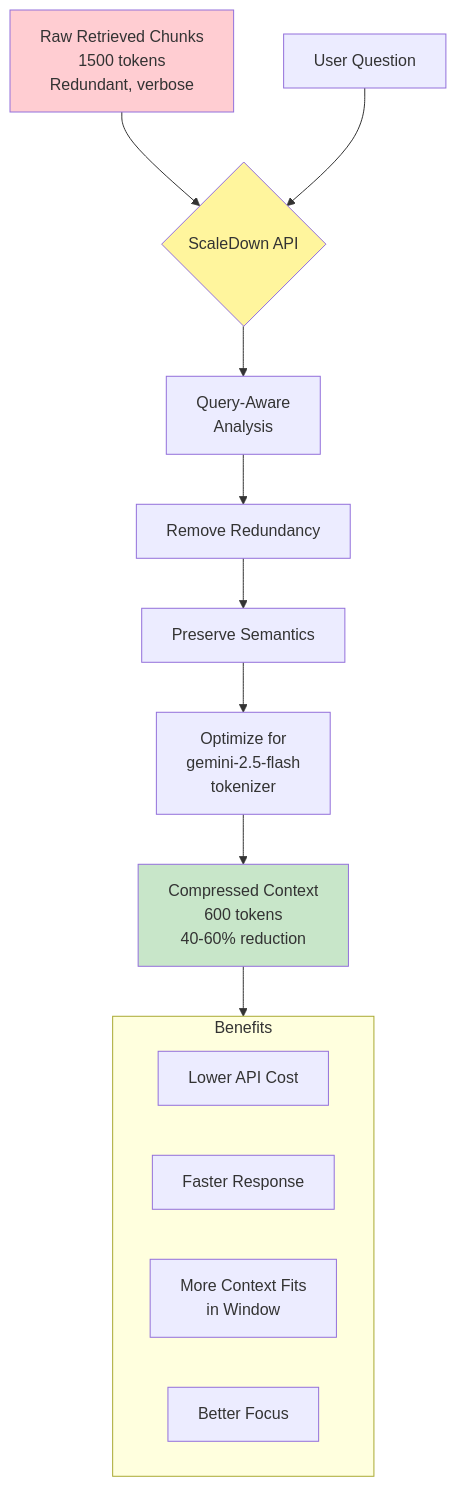
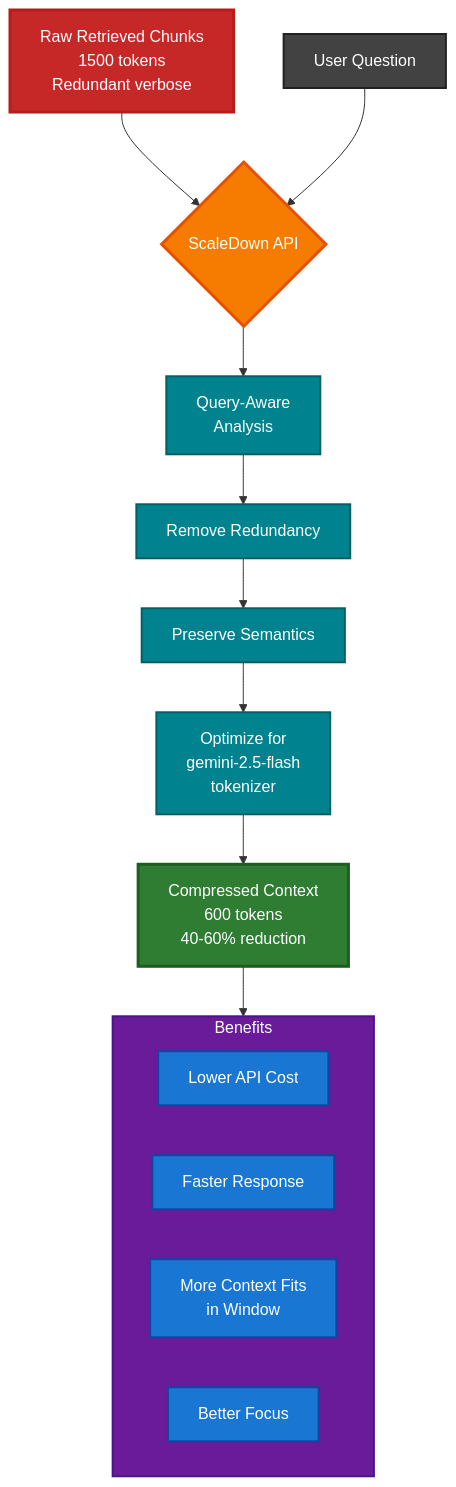
Before and after one commit to invaderinvalid/RAG: the sixth of 8 diagrams in README.md, drawn with Mermaid. The commit also changed other lines of this file, not shown here.

````diff
--- a/README.md
+++ b/README.md
@@ -502,26 +519,36 @@
 ```mermaid
 flowchart TD
-    Raw[Raw Retrieved Chunks<br/>1500 tokens<br/>Redundant, verbose] --> SD{ScaleDown API}
+    Raw[Raw Retrieved Chunks<br/>1500 tokens<br/>Redundant verbose] --> SD{ScaleDown API}
     
     Query[User Question] --> SD
     SD --> Analyze[Query-Aware<br/>Analysis]
     
     Analyze --> Remove[Remove Redundancy]
     Remove --> Preserve[Preserve Semantics]
     Preserve --> Optimize[Optimize for<br/>gemini-2.5-flash<br/>tokenizer]
     
     Optimize --> Compressed[Compressed Context<br/>600 tokens<br/>40-60% reduction]
     
     Compressed --> Benefits
     
     subgraph Benefits [Benefits]
         B1[Lower API Cost]
         B2[Faster Response]
         B3[More Context Fits<br/>in Window]
         B4[Better Focus]
     end
     
-    style Raw fill:#ffcdd2
-    style Compressed fill:#c8e6c9
-    style SD fill:#fff59d
+    style Raw fill:#c62828,stroke:#b71c1c,stroke-width:3px,color:#fff
+    style Query fill:#424242,stroke:#212121,stroke-width:2px,color:#fff
+    style Compressed fill:#2e7d32,stroke:#1b5e20,stroke-width:3px,color:#fff
+    style SD fill:#f57c00,stroke:#e65100,stroke-width:3px,color:#fff
+    style Analyze fill:#00838f,stroke:#006064,stroke-width:2px,color:#fff
+    style Remove fill:#00838f,stroke:#006064,stroke-width:2px,color:#fff
+    style Preserve fill:#00838f,stroke:#006064,stroke-width:2px,color:#fff
+    style Optimize fill:#00838f,stroke:#006064,stroke-width:2px,color:#fff
+    style Benefits fill:#6a1b9a,stroke:#4a148c,stroke-width:2px,color:#fff
+    style B1 fill:#1976d2,stroke:#0d47a1,stroke-width:2px,color:#fff
+    style B2 fill:#1976d2,stroke:#0d47a1,stroke-width:2px,color:#fff
+    style B3 fill:#1976d2,stroke:#0d47a1,stroke-width:2px,color:#fff
+    style B4 fill:#1976d2,stroke:#0d47a1,stroke-width:2px,color:#fff
 ```
````
